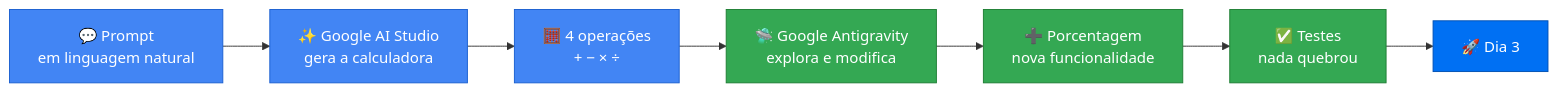
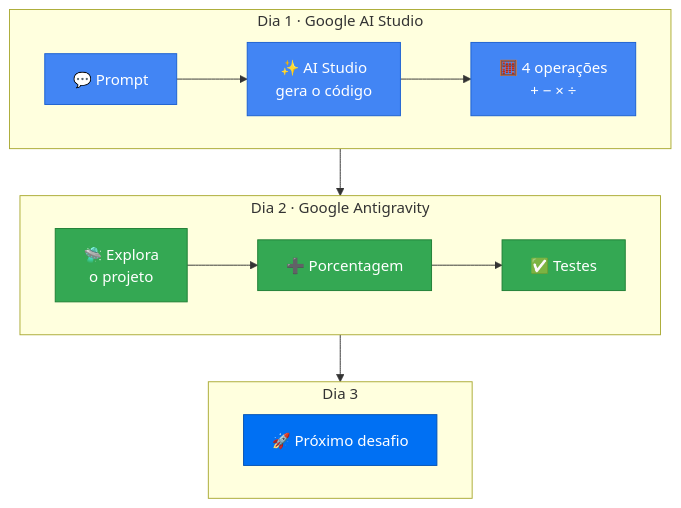
Before and after one commit to R1c4rd0F4gund3s/imersao_alura: the diagram in README.md, drawn with Mermaid. The commit also changed 1 other file, not shown here.

Commit message:
Reorganiza diagrama da jornada em faixas por dia
Em linha única o diagrama ficava largo demais: o texto encolhia e os
controles de zoom do GitHub cobriam o último bloco.

````diff
--- a/README.md
+++ b/README.md
@@ -29,16 +29,22 @@
 ```mermaid
-flowchart LR
-    A["💬 Prompt<br/>em linguagem natural"] --> B["✨ Google AI Studio<br/>gera a calculadora"]
-    B --> C["🧮 4 operações<br/>+ − × ÷"]
-    C --> D["🛸 Google Antigravity<br/>explora e modifica"]
-    D --> E["➕ Porcentagem<br/>nova funcionalidade"]
-    E --> F["✅ Testes<br/>nada quebrou"]
-    F --> G["🚀 Dia 3"]
+flowchart TB
+    subgraph D1["Dia 1 · Google AI Studio"]
+        direction LR
+        A["💬 Prompt"] --> B["✨ AI Studio<br/>gera o código"] --> C["🧮 4 operações<br/>+ − × ÷"]
+    end
+    subgraph D2["Dia 2 · Google Antigravity"]
+        direction LR
+        D["🛸 Explora<br/>o projeto"] --> E["➕ Porcentagem"] --> F["✅ Testes"]
+    end
+    subgraph D3["Dia 3"]
+        G["🚀 Próximo desafio"]
+    end
+    D1 --> D2 --> D3
 
     classDef studio fill:#4285F4,stroke:#1a5fd0,color:#fff
     classDef anti fill:#34A853,stroke:#1e7e34,color:#fff
     classDef next fill:#0070f3,stroke:#0050b3,color:#fff
     class A,B,C studio
     class D,E,F anti
     class G next
 ```
````
